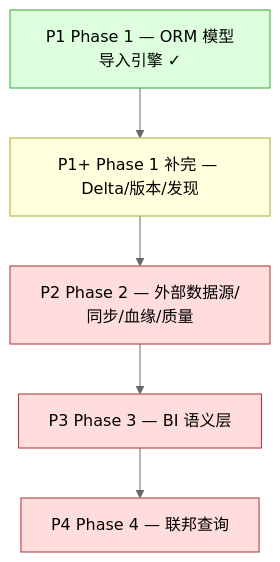
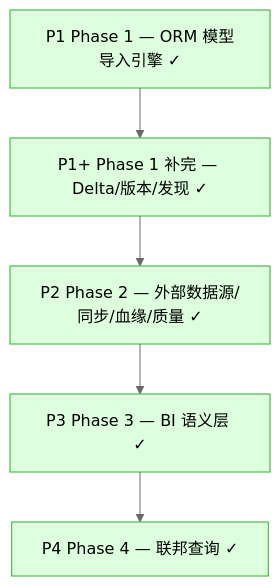
The diagram in ai-dev/design/nop-metadata/nop-metadata-roadmap.md (entropy-cloud/nop-entropy), drawn with Mermaid (neutral theme) before and after one commit. The commit also changed other lines of this file and 1 other file, not shown here.

Commit message:
docs(metadata): P2+P4 phase closure 文档状态对齐
- roadmap: P2/P4 Phase todo→done, 全Phase均done, mermaid绿色标记
- 已完成plan列表补漏(0852-3/1308-1/2055-1)
- §八 isDelta 标注已裁定, Domain来源追加现状声明
- 修复 stale Rule 段和 Pointers 引用

````diff
--- a/ai-dev/design/nop-metadata/nop-metadata-roadmap.md
+++ b/ai-dev/design/nop-metadata/nop-metadata-roadmap.md
@@ -162,19 +162,19 @@
 ```mermaid
 graph TD
     P1["P1 Phase 1 — ORM 模型导入引擎 ✓"]
-    P1P["P1+ Phase 1 补完 — Delta/版本/发现"]
-    P2["P2 Phase 2 — 外部数据源/同步/血缘/质量"]
-    P3["P3 Phase 3 — BI 语义层"]
-    P4["P4 Phase 4 — 联邦查询"]
+    P1P["P1+ Phase 1 补完 — Delta/版本/发现 ✓"]
+    P2["P2 Phase 2 — 外部数据源/同步/血缘/质量 ✓"]
+    P3["P3 Phase 3 — BI 语义层 ✓"]
+    P4["P4 Phase 4 — 联邦查询 ✓"]
 
     P1 --> P1P
     P1P --> P2
     P2 --> P3
     P3 --> P4
 
     style P1 fill:#dfd,stroke:#3a3
-    style P1P fill:#ffd,stroke:#aa3
-    style P2 fill:#fdd,stroke:#a33
-    style P3 fill:#fdd,stroke:#a33
-    style P4 fill:#fdd,stroke:#a33
+    style P1P fill:#dfd,stroke:#3a3
+    style P2 fill:#dfd,stroke:#3a3
+    style P3 fill:#dfd,stroke:#3a3
+    style P4 fill:#dfd,stroke:#3a3
 ```
````
